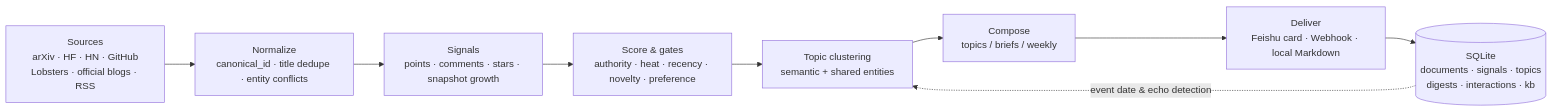
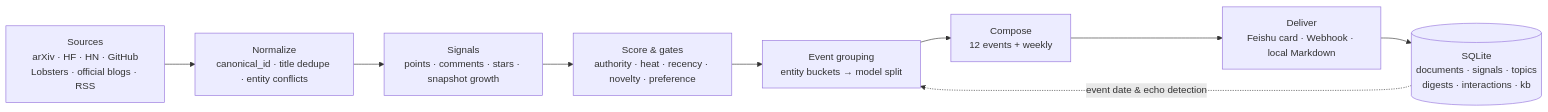
The diagram in README.en.md (lieyukou1/kestrel-radar), drawn with Mermaid before and after one commit. The commit also changed other lines of this file and 1 other file, not shown here.

````diff
--- a/README.en.md
+++ b/README.en.md
@@ -199,11 +216,11 @@
 ```mermaid
 flowchart LR
     S[Sources<br/>arXiv · HF · HN · GitHub<br/>Lobsters · official blogs · RSS] --> N[Normalize<br/>canonical_id · title dedupe · entity conflicts]
     N --> G[Signals<br/>points · comments · stars · snapshot growth]
     G --> R[Score & gates<br/>authority · heat · recency · novelty · preference]
-    R --> T[Topic clustering<br/>semantic + shared entities]
-    T --> C[Compose<br/>topics / briefs / weekly]
+    R --> T[Event grouping<br/>entity buckets → model split]
+    T --> C[Compose<br/>12 events + weekly]
     C --> P[Deliver<br/>Feishu card · Webhook · local Markdown]
     P --> D[(SQLite<br/>documents · signals · topics<br/>digests · interactions · kb)]
     D -. event date & echo detection .-> T
 ```
````
